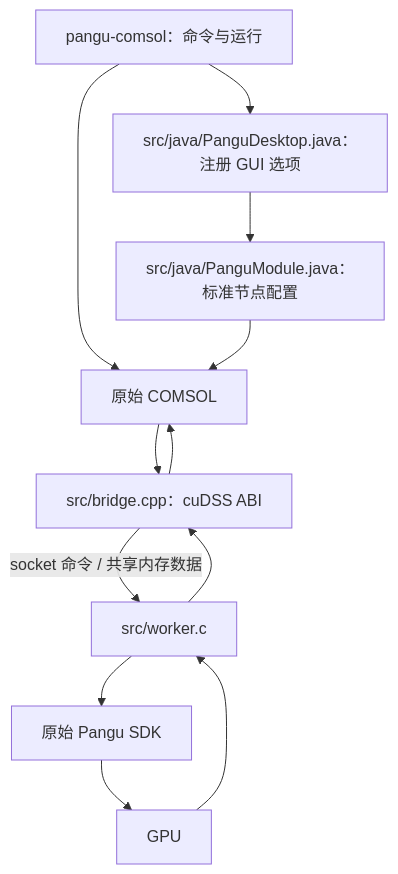
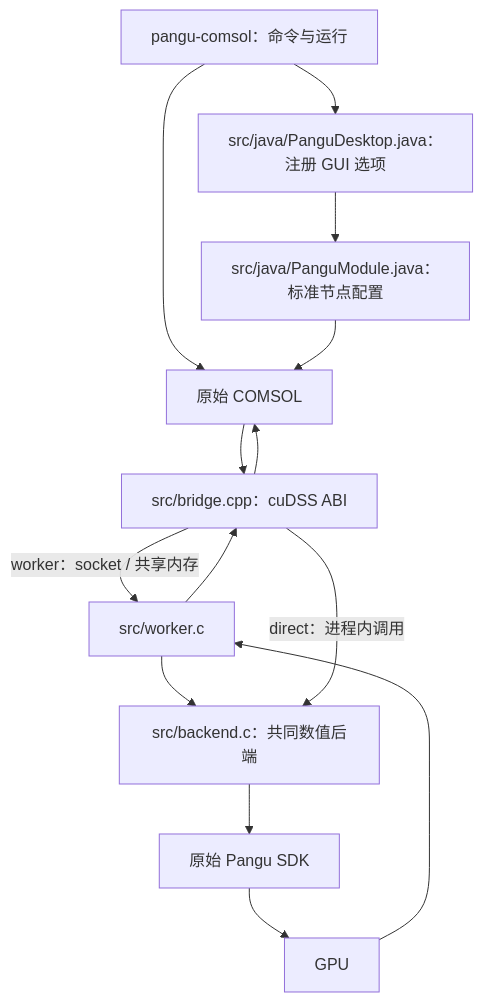
One commit to yamato720/pangulu-comsol changed the diagram in docs/architecture.md. Above: the diagram before and after it, drawn with Mermaid. The commit also changed other lines of this file and 14 other files, not shown here.

Commit message:
Add selectable worker and in-process Pangu execution with a shared backend

````diff
--- a/docs/architecture.md
+++ b/docs/architecture.md
@@ -33,14 +34,16 @@
 ```mermaid
 flowchart TD
     L[pangu-comsol：命令与运行] --> C[原始 COMSOL]
     L --> D[src/java/PanguDesktop.java：注册 GUI 选项]
     D --> J[src/java/PanguModule.java：标准节点配置]
     J --> C
     C --> B[src/bridge.cpp：cuDSS ABI]
-    B -->|socket 命令 / 共享内存数据| W[src/worker.c]
-    W --> S[原始 Pangu SDK]
+    B -->|worker：socket / 共享内存| W[src/worker.c]
+    W --> E[src/backend.c：共同数值后端]
+    B -->|direct：进程内调用| E
+    E --> S[原始 Pangu SDK]
     S --> G[GPU]
     G --> W
     W --> B
     B --> C
 ```
````
